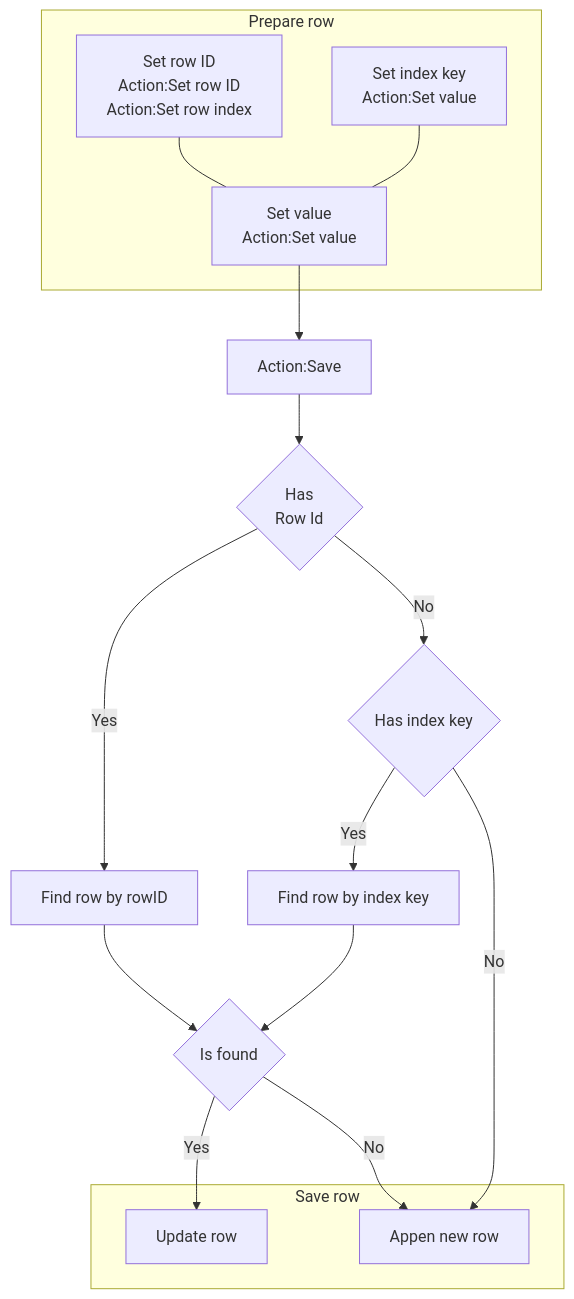
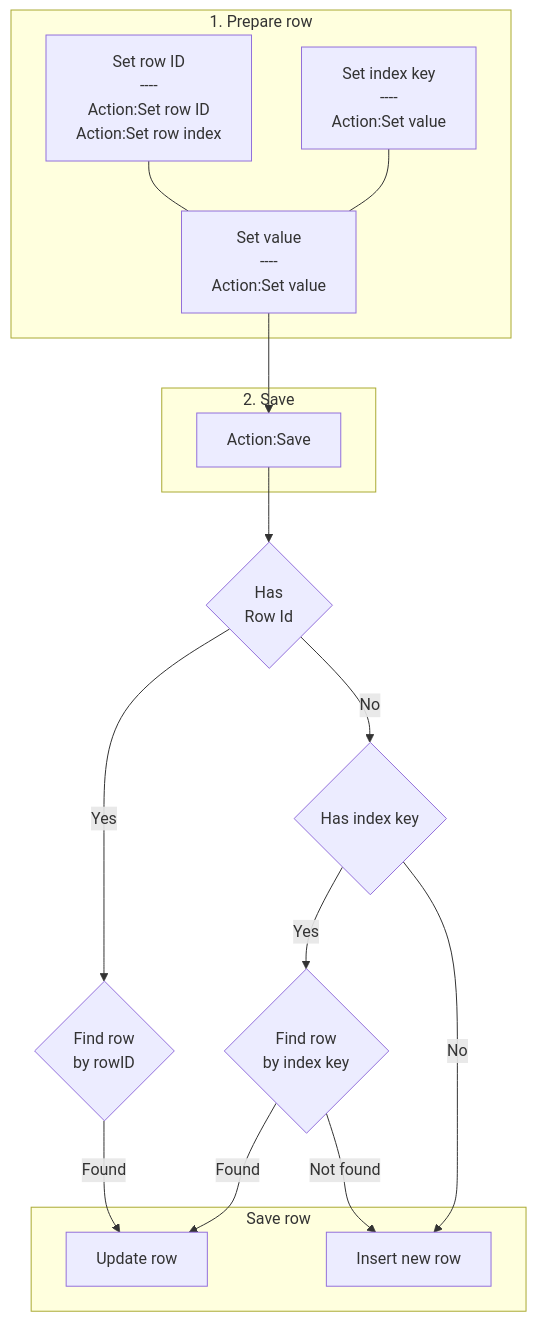
The first of 2 diagrams in plugins.md/rex_taffydb.md (rexrainbow/C2RexDoc), drawn with Mermaid before and after one commit. The commit also changed other lines of this file and 7 other files, not shown here.

````diff
--- a/plugins.md/rex_taffydb.md
+++ b/plugins.md/rex_taffydb.md
@@ -69,28 +69,32 @@
 ```mermaid
 graph TB
 
-subgraph Prepare row
-SetValue["Set value<br>Action:Set value"]
-SetRowID["Set row ID<br>Action:Set row ID<br>Action:Set row index"]
-SetIndexKey["Set index key<br>Action:Set value"]
+subgraph 1. Prepare row
+SetValue["Set value<br>----<br>Action:Set value"]
+SetRowID["Set row ID<br>----<br>Action:Set row ID<br>Action:Set row index"]
+SetIndexKey["Set index key<br>----<br>Action:Set value"]
 SetRowID --- SetValue
 SetIndexKey --- SetValue
 end
 
 SetValue --> Save["Action:Save"]
 
 Save --> HasRowID{Has<br>Row Id}
-HasRowID --> |Yes| FindRowByRowID["Find row by rowID"]
+HasRowID --> |Yes| FindRowByRowID{"Find row<br>by rowID"}
+FindRowByRowID --> |Found| UpdateRow["Update row"]
+
 HasRowID --> |No| HasIndexKey{Has index key}
-HasIndexKey --> |Yes| FindRowByIndexKey["Find row by index key"]
-FindRowByRowID --> FindRow{Is found}
-FindRowByIndexKey --> FindRow
-FindRow --> |Yes| UpdateRow["Update row"]
-FindRow --> |No| AppendRow["Appen new row"]
-HasIndexKey --> |No| AppendRow
+HasIndexKey --> |Yes| FindRowByIndexKey{"Find row<br>by index key"}
+FindRowByIndexKey --> |Found| UpdateRow["Update row"]
+FindRowByIndexKey --> |Not found| InsertRow["Insert new row"]
+HasIndexKey --> |No| InsertRow
+
+subgraph 2. Save
+Save
+end
 
 subgraph Save row
 UpdateRow
-AppendRow
+InsertRow
 end
 ```
````
